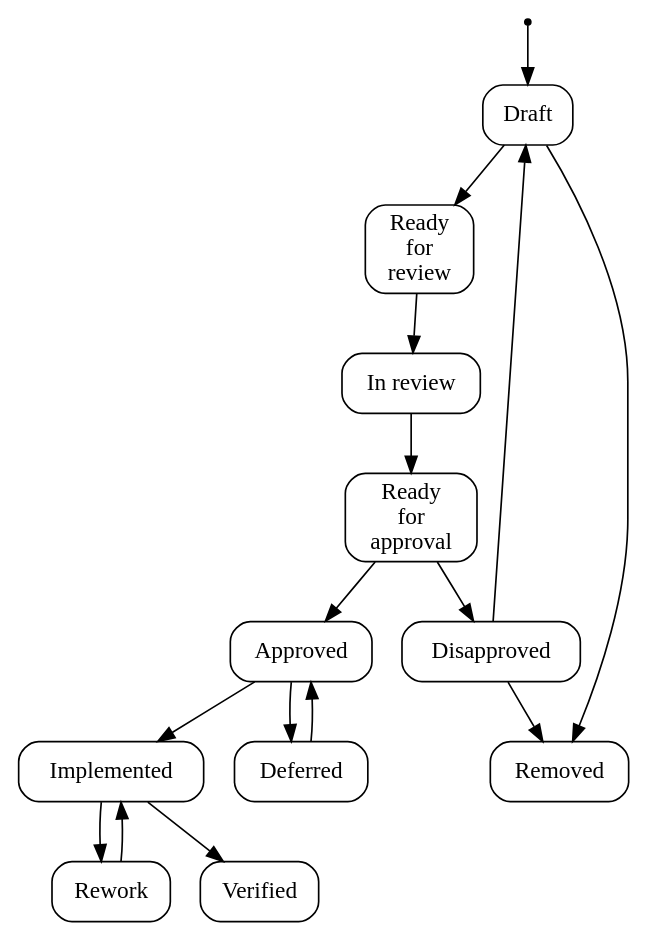
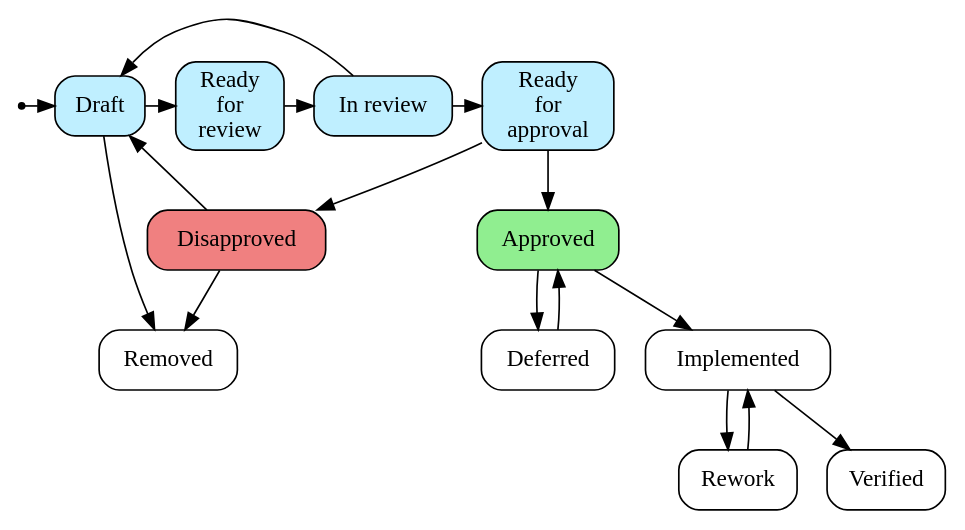
The diagram in requirements-statemachine.gv (Framework-R-D/phlex-design), drawn with Graphviz before and after one commit.

Commit message:
Some adjustments to DOT file

```diff
--- a/requirements-statemachine.gv
+++ b/requirements-statemachine.gv
@@ -1,47 +1,34 @@
 digraph finite_state_machine {
-	//Define the nodes/states in the system and their style here
+  node [shape=point,label=""] ENTRY;
 
-	
-	/*These are the entry and exit nodes for the system. 
-	 * They are small, solid black circles.
-	 * Both are listed on the same line because they all have the same properties
-	 */
-	 
-	node [shape=point,label=""] ENTRY;
-	
-	// This line defines a new node style.
+  // This line defines a new node style.
+  node [shape=box, style=rounded];
 
-	node [shape=box, style=rounded];
-	
-	 
-	 draft [label="Draft"];
-   rfr [label="Ready\nfor\nreview"];
-   review [label="In review"];
-   rfa [label="Ready\nfor\napproval"];
-   approved [label="Approved"];
-   disapproved [label="Disapproved"];
-   deferred [label="Deferred"];
-   removed [label="Removed"];
-   rework [label="Rework"];
-   implemented [label="Implemented"];
-   verified [label="Verified"];
-	 
-	 //Below are all of the definition of the edges that connect the nodes
+  draft [label="Draft", style="filled,rounded", fillcolor=lightblue1];
+  rfr [label="Ready\nfor\nreview", style="filled,rounded", fillcolor=lightblue1];
+  review [label="In review", style="filled,rounded", fillcolor=lightblue1];
+  rfa [label="Ready\nfor\napproval", style="filled,rounded", fillcolor=lightblue1];
+  approved [label="Approved", style="filled,rounded", fillcolor=lightgreen];
+  disapproved [label="Disapproved", style="filled,rounded", fillcolor=lightcoral];
+  deferred [label="Deferred"];
+  removed [label="Removed"];
+  rework [label="Rework"];
+  implemented [label="Implemented"];
+  verified [label="Verified"];
 
+  // Below are all of the definition of the edges that connect the nodes
 
-   ENTRY -> draft;
-   draft->rfr;
-   rfr->review;
-   review->rfa;
-   rfa->approved;
-   rfa->disapproved;
-   disapproved->draft;
-   approved->deferred;
-   deferred->approved;
-   approved->implemented;
-   implemented->verified;
-   implemented->rework;
-   rework->implemented;
-   draft->removed;
-   disapproved->removed;
+  { rank="same"; ENTRY->draft->rfr->review->rfa; }
+  review->draft;
+  rfa->approved;
+  rfa->disapproved;
+  disapproved->draft;
+  approved->deferred;
+  deferred->approved;
+  approved->implemented;
+  implemented->verified;
+  implemented->rework;
+  rework->implemented;
+  draft->removed;
+  disapproved->removed;
 }
```
